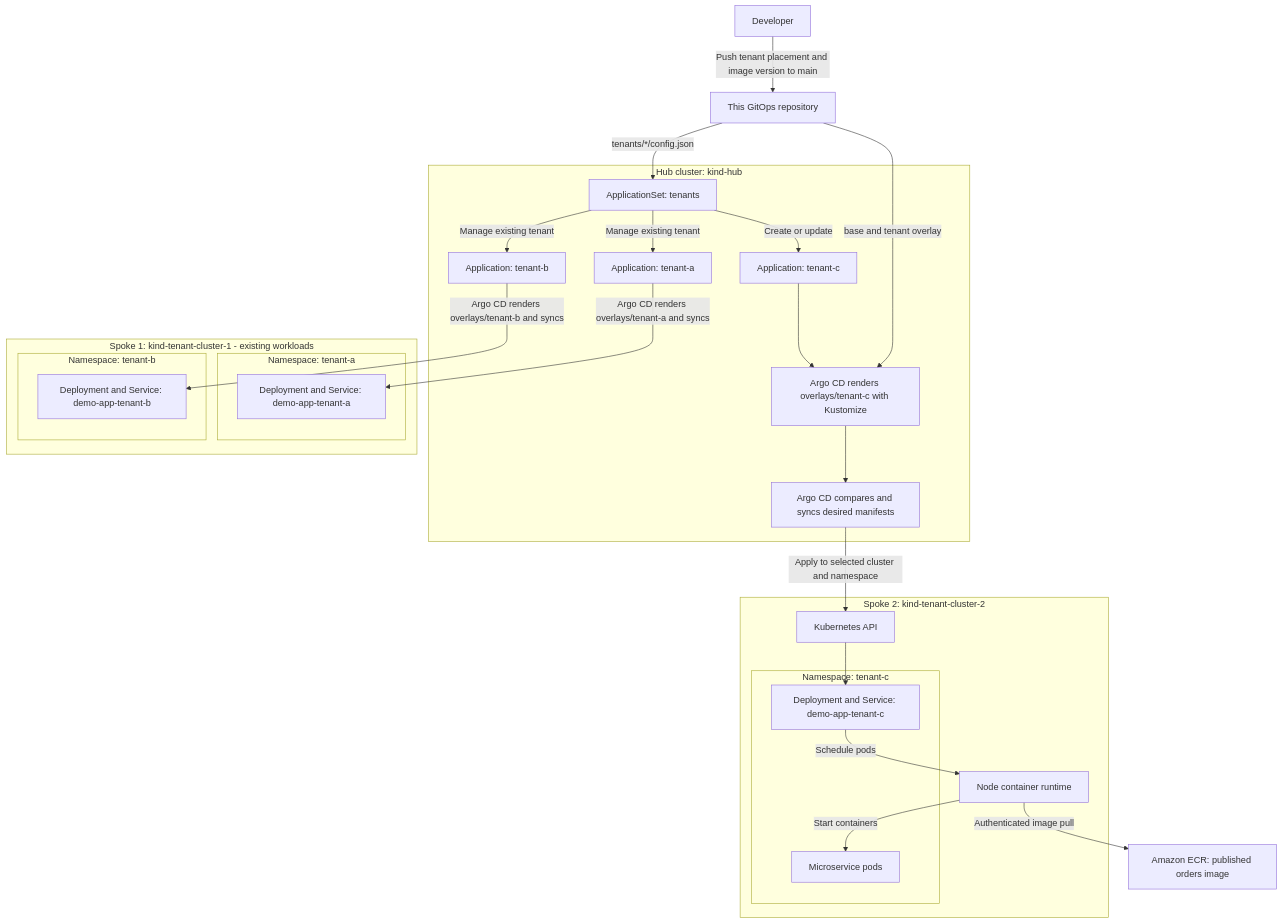
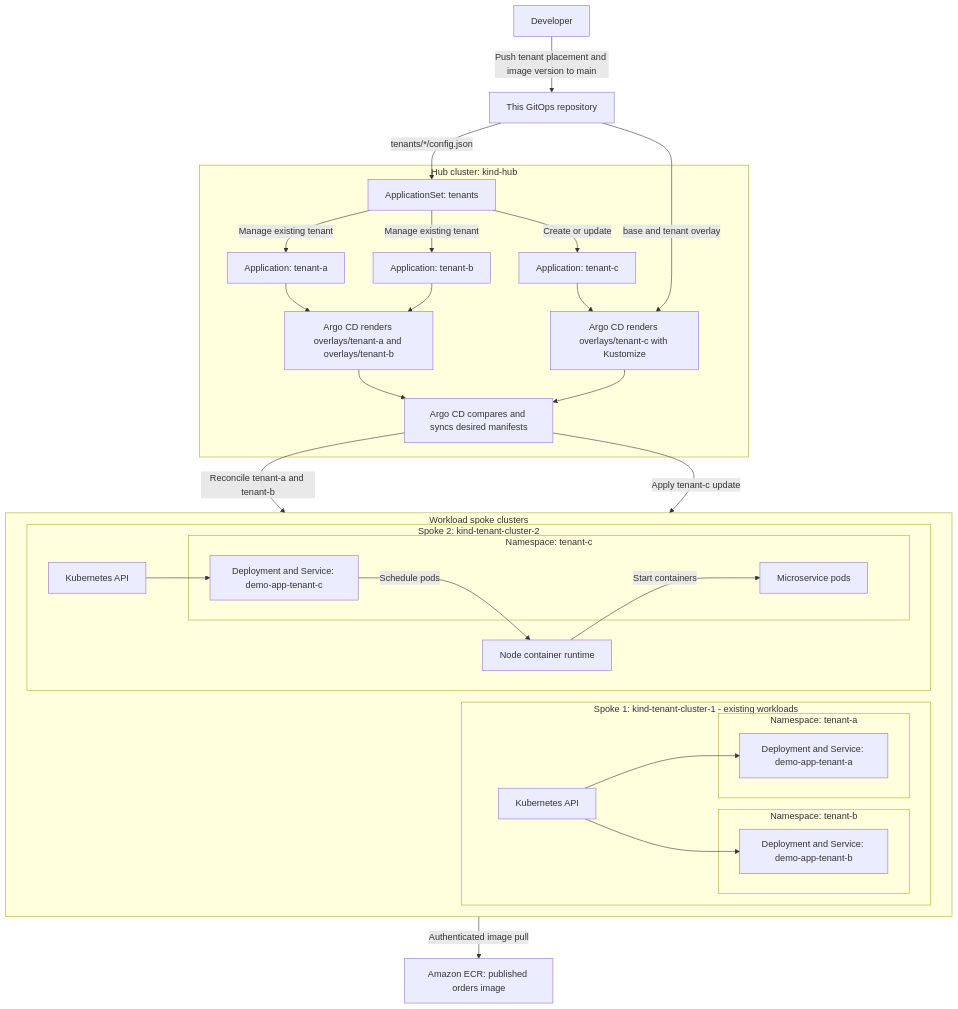
One commit to vamsee/k8s-hub-spoke changed the second of 2 diagrams in docs/deploy.md. Above: the diagram before and after it, drawn with Mermaid.

Commit message:
Align spoke clusters beneath hub in deployment diagram

````diff
--- a/docs/deploy.md
+++ b/docs/deploy.md
@@ -44,47 +44,55 @@
 ```mermaid
 flowchart TB
     developer["Developer"] -->|Push tenant placement and image version to main| git["This GitOps repository"]
 
     subgraph hub["Hub cluster: kind-hub"]
         appset["ApplicationSet: tenants"]
         app_a["Application: tenant-a"]
         app_b["Application: tenant-b"]
         app["Application: tenant-c"]
+        render_existing["Argo CD renders overlays/tenant-a and overlays/tenant-b"]
         render["Argo CD renders overlays/tenant-c with Kustomize"]
         sync["Argo CD compares and syncs desired manifests"]
         appset -->|Create or update| app
         appset -->|Manage existing tenant| app_a
         appset -->|Manage existing tenant| app_b
+        app_a --> render_existing
+        app_b --> render_existing
+        render_existing --> sync
         app --> render --> sync
     end
 
     git -->|tenants/*/config.json| appset
     git -->|base and tenant overlay| render
 
-    subgraph spoke1["Spoke 1: kind-tenant-cluster-1 - existing workloads"]
-        subgraph tenant_a["Namespace: tenant-a"]
-            workload_a["Deployment and Service: demo-app-tenant-a"]
+    subgraph spokes["Workload spoke clusters"]
+        direction LR
+        subgraph spoke1["Spoke 1: kind-tenant-cluster-1 - existing workloads"]
+            api1["Kubernetes API"]
+            subgraph tenant_a["Namespace: tenant-a"]
+                workload_a["Deployment and Service: demo-app-tenant-a"]
+            end
+            subgraph tenant_b["Namespace: tenant-b"]
+                workload_b["Deployment and Service: demo-app-tenant-b"]
+            end
+            api1 --> workload_a
+            api1 --> workload_b
         end
-        subgraph tenant_b["Namespace: tenant-b"]
-            workload_b["Deployment and Service: demo-app-tenant-b"]
+
+        subgraph spoke["Spoke 2: kind-tenant-cluster-2"]
+            api["Kubernetes API"]
+            runtime["Node container runtime"]
+            subgraph tenant["Namespace: tenant-c"]
+                workload["Deployment and Service: demo-app-tenant-c"]
+                pods["Microservice pods"]
+            end
+            api --> workload
+            workload -->|Schedule pods| runtime
+            runtime -->|Start containers| pods
         end
     end
 
-    app_a -->|Argo CD renders overlays/tenant-a and syncs| workload_a
-    app_b -->|Argo CD renders overlays/tenant-b and syncs| workload_b
-
-    subgraph spoke["Spoke 2: kind-tenant-cluster-2"]
-        api["Kubernetes API"]
-        runtime["Node container runtime"]
-        subgraph tenant["Namespace: tenant-c"]
-            workload["Deployment and Service: demo-app-tenant-c"]
-            pods["Microservice pods"]
-        end
-        api --> workload
-        workload -->|Schedule pods| runtime
-        runtime -->|Start containers| pods
-    end
-
-    sync -->|Apply to selected cluster and namespace| api
+    sync -->|Reconcile tenant-a and tenant-b| api1
+    sync -->|Apply tenant-c update| api
     runtime -->|Authenticated image pull| ecr["Amazon ECR: published orders image"]
 ```
````
